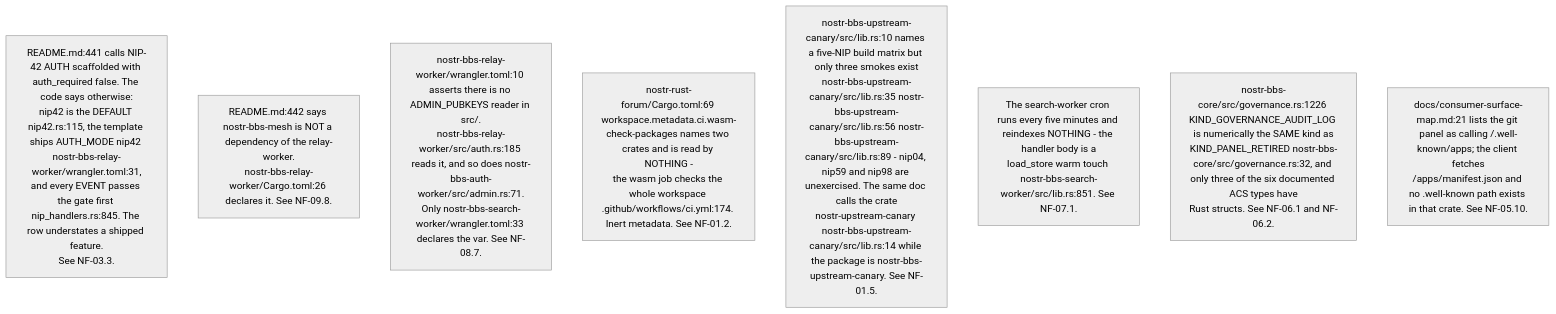
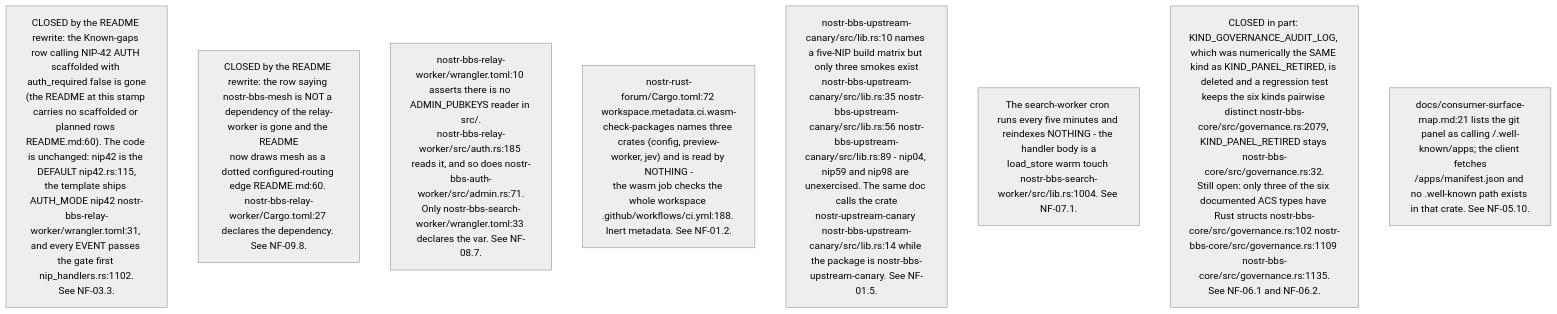
One commit to DreamLab-AI/VisionFlow changed the fifth of 10 diagrams in docs/diagrams/nostr-rust-forum/10-invariants-and-anomaly-register.md. Above: the diagram before and after it, drawn with Mermaid (neutral theme). The commit also changed other lines of this file and 160 other files, not shown here.

````diff
--- a/docs/diagrams/nostr-rust-forum/10-invariants-and-anomaly-register.md
+++ b/docs/diagrams/nostr-rust-forum/10-invariants-and-anomaly-register.md
@@ -125,11 +130,11 @@
 ```mermaid
 flowchart TB
-    DD1["README.md:441 calls NIP-42 AUTH scaffolded with auth_required false. The code says otherwise:<br/>nip42 is the DEFAULT nip42.rs:115, the template ships AUTH_MODE nip42 nostr-bbs-relay-worker/wrangler.toml:31,<br/>and every EVENT passes the gate first nip_handlers.rs:845. The row understates a shipped feature.<br/>See NF-03.3."]
-    DD2["README.md:442 says nostr-bbs-mesh is NOT a dependency of the relay-worker.<br/>nostr-bbs-relay-worker/Cargo.toml:26 declares it. See NF-09.8."]
+    DD1["CLOSED by the README rewrite: the Known-gaps row calling NIP-42 AUTH scaffolded with auth_required false is gone<br/>(the README at this stamp carries no scaffolded or planned rows README.md:60). The code is unchanged: nip42 is the DEFAULT nip42.rs:115,<br/>the template ships AUTH_MODE nip42 nostr-bbs-relay-worker/wrangler.toml:31, and every EVENT passes the gate first nip_handlers.rs:1102.<br/>See NF-03.3."]
+    DD2["CLOSED by the README rewrite: the row saying nostr-bbs-mesh is NOT a dependency of the relay-worker is gone and the README<br/>now draws mesh as a dotted configured-routing edge README.md:60. nostr-bbs-relay-worker/Cargo.toml:27 declares the dependency. See NF-09.8."]
     DD3["nostr-bbs-relay-worker/wrangler.toml:10 asserts there is no ADMIN_PUBKEYS reader in src/.<br/>nostr-bbs-relay-worker/src/auth.rs:185 reads it, and so does nostr-bbs-auth-worker/src/admin.rs:71.<br/>Only nostr-bbs-search-worker/wrangler.toml:33 declares the var. See NF-08.7."]
-    DD4["nostr-rust-forum/Cargo.toml:69 workspace.metadata.ci.wasm-check-packages names two crates and is read by NOTHING -<br/>the wasm job checks the whole workspace .github/workflows/ci.yml:174. Inert metadata. See NF-01.2."]
+    DD4["nostr-rust-forum/Cargo.toml:72 workspace.metadata.ci.wasm-check-packages names three crates (config, preview-worker, jev) and is read by NOTHING -<br/>the wasm job checks the whole workspace .github/workflows/ci.yml:188. Inert metadata. See NF-01.2."]
     DD5["nostr-bbs-upstream-canary/src/lib.rs:10 names a five-NIP build matrix but only three smokes exist<br/>nostr-bbs-upstream-canary/src/lib.rs:35 nostr-bbs-upstream-canary/src/lib.rs:56 nostr-bbs-upstream-canary/src/lib.rs:89 - nip04, nip59 and nip98 are unexercised. The same doc calls the crate<br/>nostr-upstream-canary nostr-bbs-upstream-canary/src/lib.rs:14 while the package is nostr-bbs-upstream-canary. See NF-01.5."]
-    DD6["The search-worker cron runs every five minutes and reindexes NOTHING - the handler body is a<br/>load_store warm touch nostr-bbs-search-worker/src/lib.rs:851. See NF-07.1."]
-    DD7["nostr-bbs-core/src/governance.rs:1226 KIND_GOVERNANCE_AUDIT_LOG is numerically the SAME kind as<br/>KIND_PANEL_RETIRED nostr-bbs-core/src/governance.rs:32, and only three of the six documented ACS types have<br/>Rust structs. See NF-06.1 and NF-06.2."]
+    DD6["The search-worker cron runs every five minutes and reindexes NOTHING - the handler body is a<br/>load_store warm touch nostr-bbs-search-worker/src/lib.rs:1004. See NF-07.1."]
+    DD7["CLOSED in part: KIND_GOVERNANCE_AUDIT_LOG, which was numerically the SAME kind as KIND_PANEL_RETIRED, is deleted and a regression test<br/>keeps the six kinds pairwise distinct nostr-bbs-core/src/governance.rs:2079, KIND_PANEL_RETIRED stays nostr-bbs-core/src/governance.rs:32.<br/>Still open: only three of the six documented ACS types have Rust structs nostr-bbs-core/src/governance.rs:102 nostr-bbs-core/src/governance.rs:1109 nostr-bbs-core/src/governance.rs:1135.<br/>See NF-06.1 and NF-06.2."]
     DD8["docs/consumer-surface-map.md:21 lists the git panel as calling /.well-known/apps; the client fetches<br/>/apps/manifest.json and no .well-known path exists in that crate. See NF-05.10."]
 ```
````
